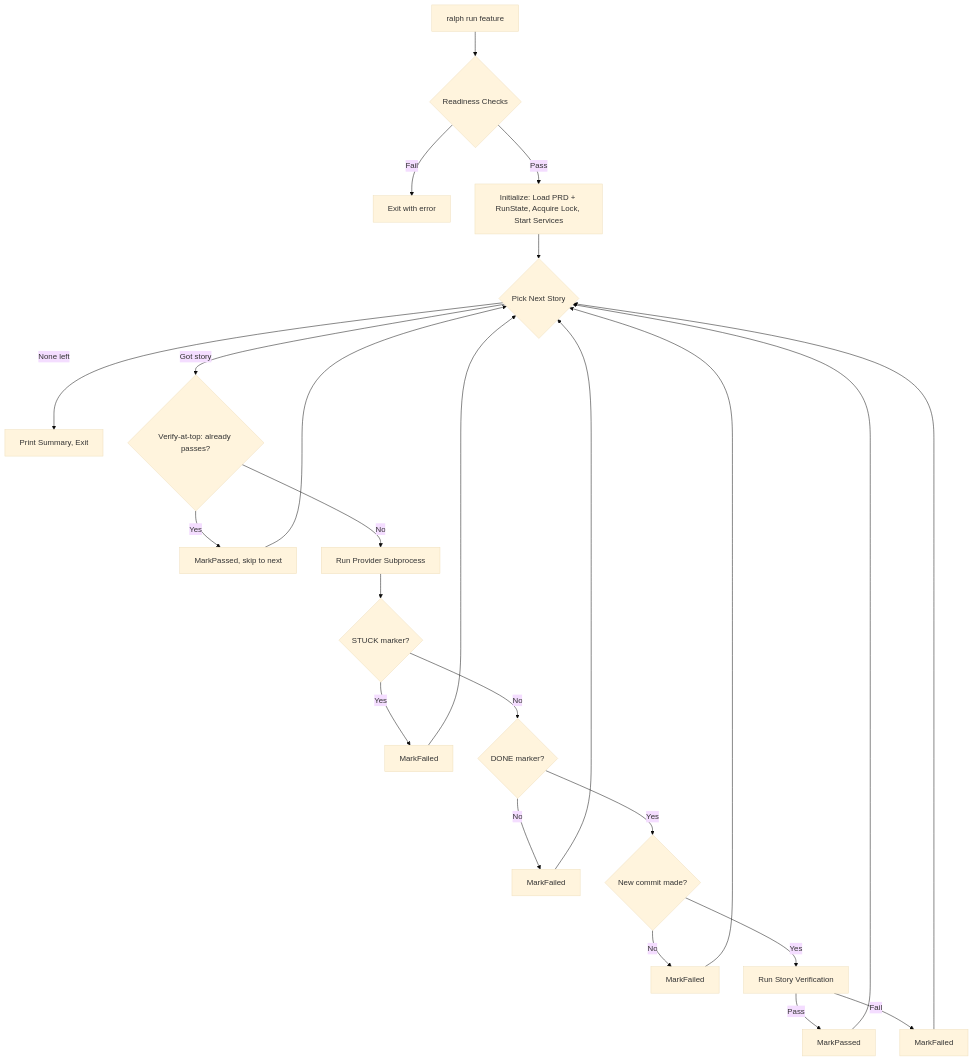
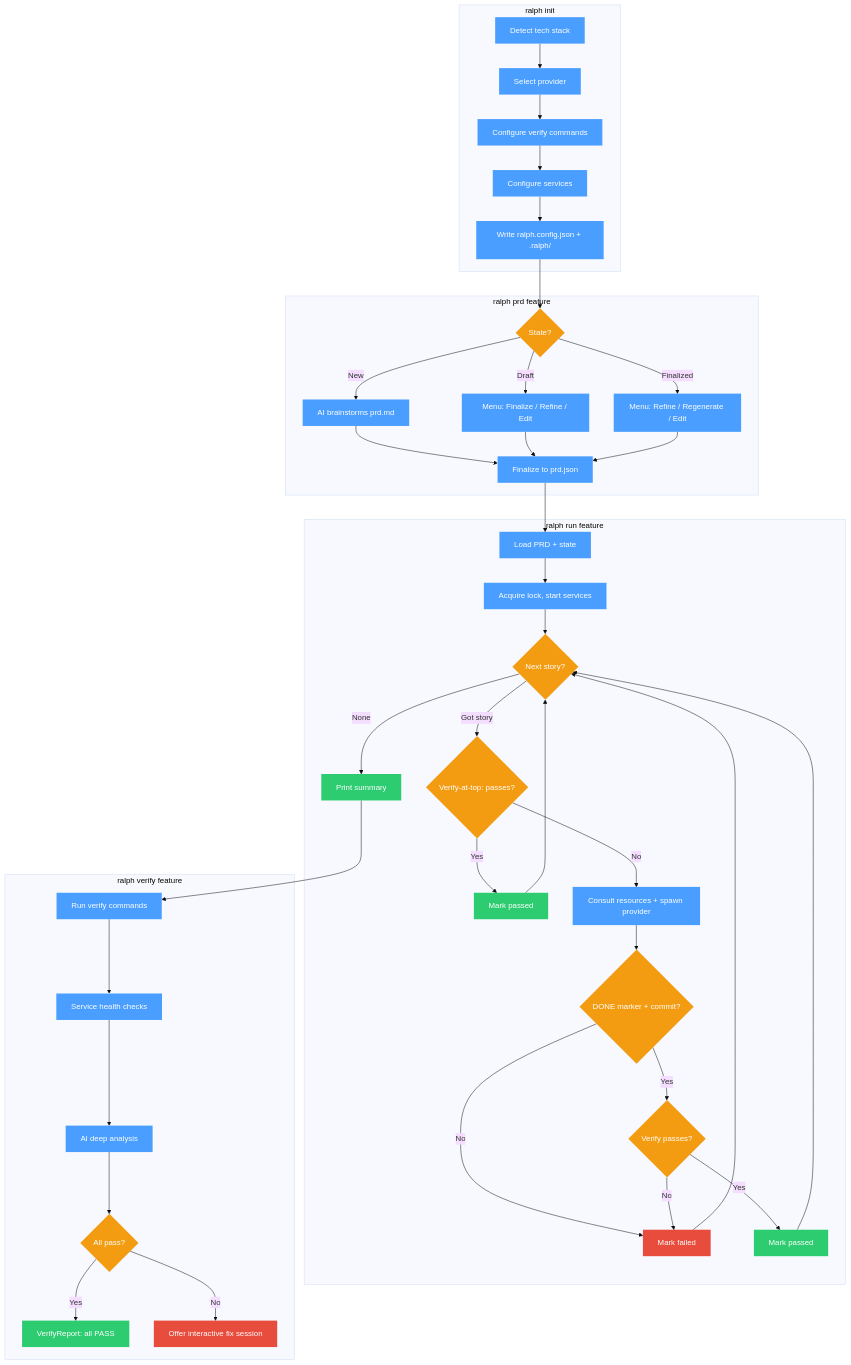
One commit to scripness/ralph changed the first of 2 diagrams in README.md. Above: the diagram before and after it, drawn with Mermaid (base theme). The commit also changed other lines of this file, not shown here.

````diff
--- a/README.md
+++ b/README.md
@@ -41,34 +363,53 @@
 ```mermaid
 flowchart TD
-    Start[ralph run feature] --> Readiness{Readiness Checks}
-    Readiness -->|Fail| Exit1[Exit with error]
-    Readiness -->|Pass| Init[Initialize: Load PRD + RunState, Acquire Lock, Start Services]
+    classDef action fill:#4a9eff,color:#fff,stroke:none
+    classDef success fill:#2ecc71,color:#fff,stroke:none
+    classDef failure fill:#e74c3c,color:#fff,stroke:none
+    classDef decision fill:#f39c12,color:#fff,stroke:none
 
-    Init --> MainLoop{Pick Next Story}
+    subgraph Init["ralph init"]
+        I1[Detect tech stack]:::action --> I2[Select provider]:::action
+        I2 --> I3[Configure verify commands]:::action
+        I3 --> I4[Configure services]:::action
+        I4 --> I5[Write ralph.config.json + .ralph/]:::action
+    end
 
-    MainLoop -->|None left| Success[Print Summary, Exit]
-    MainLoop -->|Got story| VerifyFirst{Verify-at-top: already passes?}
+    subgraph PRD["ralph prd feature"]
+        P1{State?}:::decision
+        P1 -->|New| P2[AI brainstorms prd.md]:::action
+        P2 --> P3[Finalize to prd.json]:::action
+        P1 -->|Draft| P4["Menu: Finalize / Refine / Edit"]:::action
+        P1 -->|Finalized| P5["Menu: Refine / Regenerate / Edit"]:::action
+        P4 --> P3
+        P5 --> P3
+    end
 
-    VerifyFirst -->|Yes| MarkPassed1[MarkPassed, skip to next]
-    VerifyFirst -->|No| RunProvider[Run Provider Subprocess]
+    subgraph Run["ralph run feature"]
+        R1[Load PRD + state]:::action --> R2[Acquire lock, start services]:::action
+        R2 --> R3{Next story?}:::decision
+        R3 -->|None| R10[Print summary]:::success
+        R3 -->|Got story| R4{Verify-at-top: passes?}:::decision
+        R4 -->|Yes| R11[Mark passed]:::success
+        R11 --> R3
+        R4 -->|No| R5[Consult resources + spawn provider]:::action
+        R5 --> R6{DONE marker + commit?}:::decision
+        R6 -->|No| R8[Mark failed]:::failure
+        R6 -->|Yes| R7{Verify passes?}:::decision
+        R7 -->|Yes| R9[Mark passed]:::success
+        R7 -->|No| R8
+        R8 --> R3
+        R9 --> R3
+    end
 
-    RunProvider --> CheckSTUCK{STUCK marker?}
-    CheckSTUCK -->|Yes| MarkFailed1[MarkFailed]
-    CheckSTUCK -->|No| CheckDONE{DONE marker?}
+    subgraph Verify["ralph verify feature"]
+        V1[Run verify commands]:::action --> V2[Service health checks]:::action
+        V2 --> V3[AI deep analysis]:::action
+        V3 --> V4{All pass?}:::decision
+        V4 -->|Yes| V5[VerifyReport: all PASS]:::success
+        V4 -->|No| V6[Offer interactive fix session]:::failure
+    end
 
-    CheckDONE -->|No| MarkFailed2[MarkFailed]
-    CheckDONE -->|Yes| CheckCommit{New commit made?}
-
-    CheckCommit -->|No| MarkFailed3[MarkFailed]
-    CheckCommit -->|Yes| StoryVerify[Run Story Verification]
-
-    StoryVerify -->|Pass| MarkPassed2[MarkPassed]
-    StoryVerify -->|Fail| MarkFailed4[MarkFailed]
-
-    MarkPassed1 --> MainLoop
-    MarkPassed2 --> MainLoop
-    MarkFailed1 --> MainLoop
-    MarkFailed2 --> MainLoop
-    MarkFailed3 --> MainLoop
-    MarkFailed4 --> MainLoop
+    I5 --> P1
+    P3 --> R1
+    R10 --> V1
 ```
````
